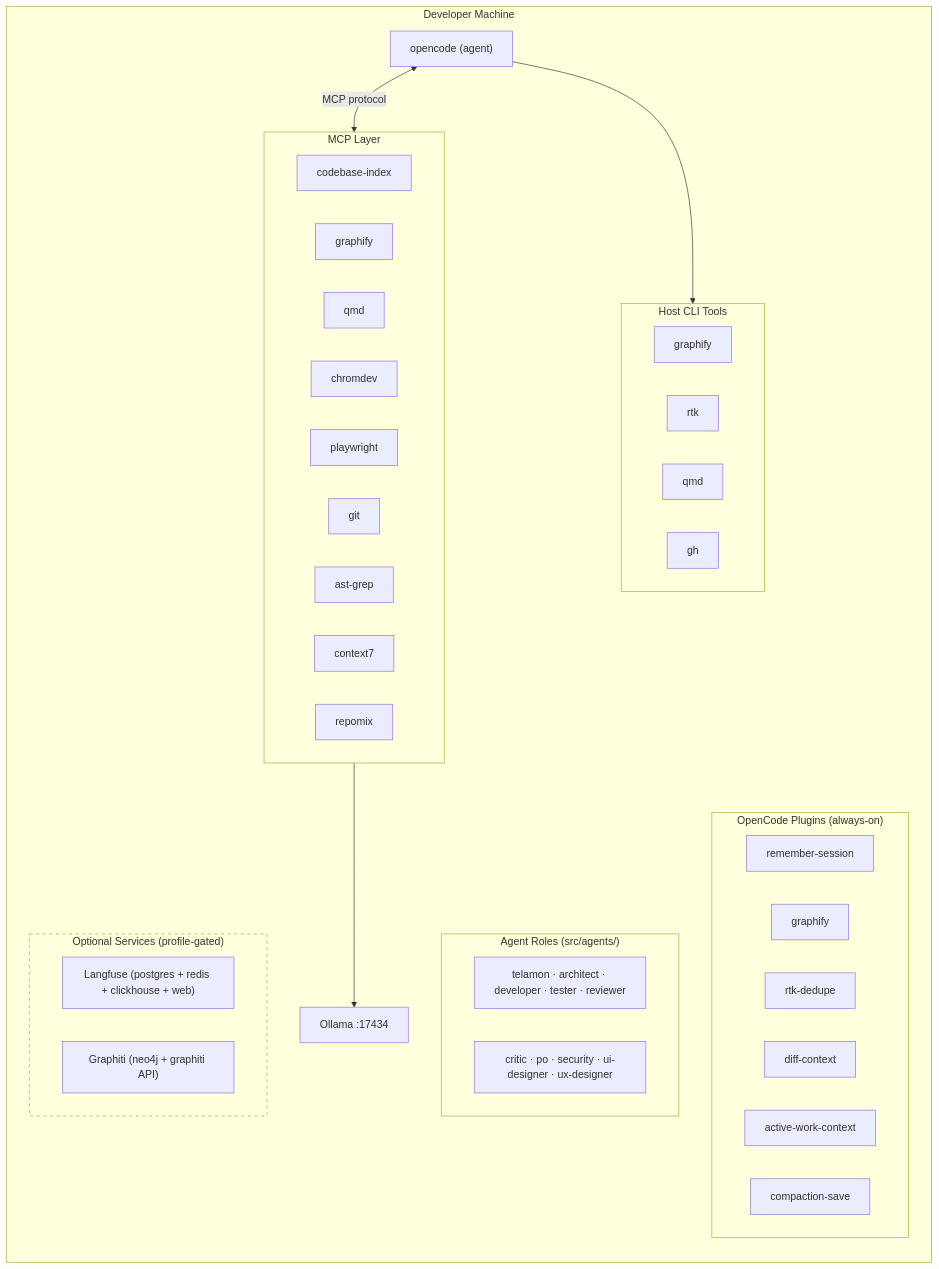
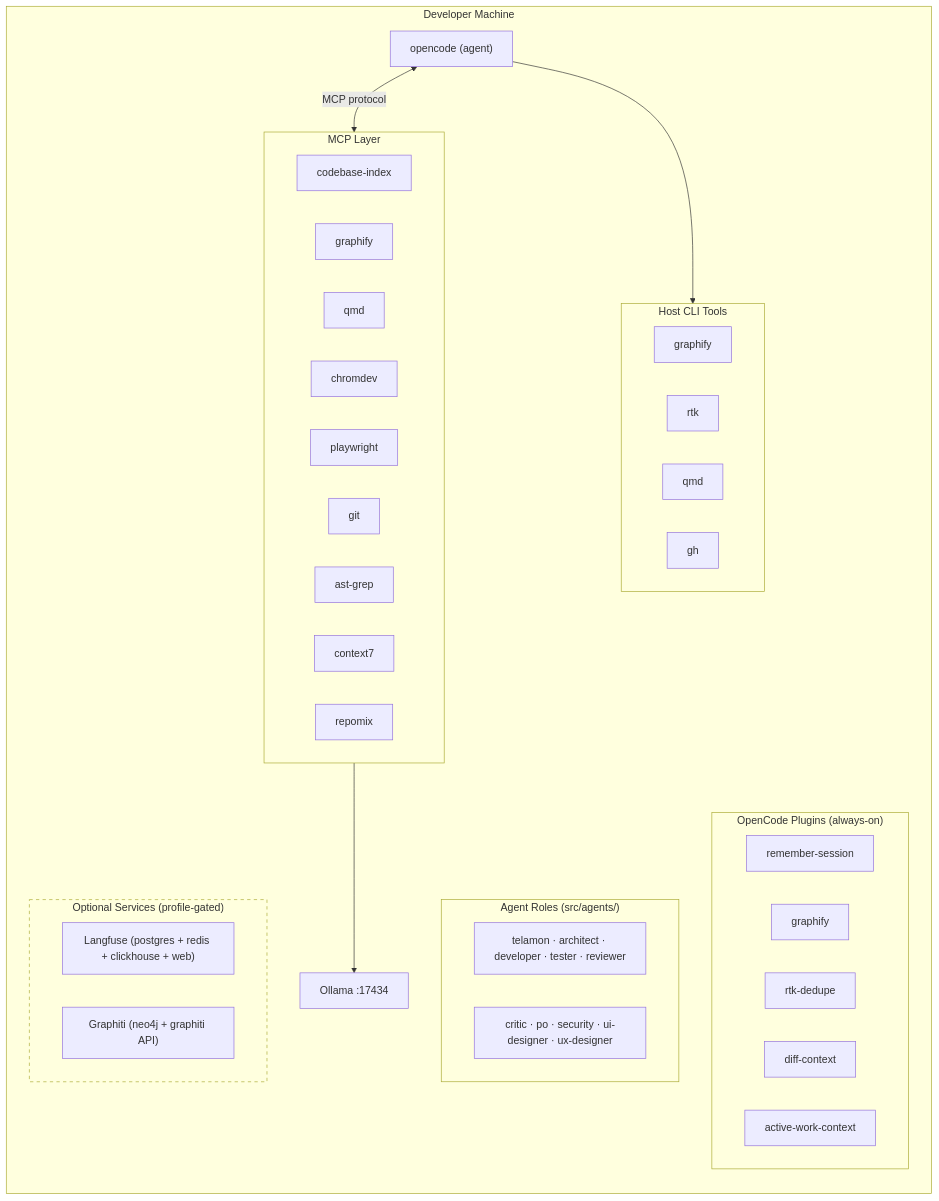
One commit to hgraca/telamon changed the diagram in docs/architecture.md. Above: the diagram before and after it, drawn with Mermaid. The commit also changed other lines of this file and 6 other files, not shown here.

First line of the commit message:
Sweep doc references to retired compaction-save tooling

````diff
--- a/docs/architecture.md
+++ b/docs/architecture.md
@@ -14,52 +14,51 @@
 ```mermaid
 flowchart TB
     subgraph dev["Developer Machine"]
         direction TB
 
         oc["opencode (agent)"] <-->|"MCP protocol"| mcp
 
         subgraph mcp["MCP Layer"]
             cbi["codebase-index"]
             gf_m["graphify"]
             qmd_m["qmd"]
             cd_m["chromdev"]
             pw_m["playwright"]
             git_m["git"]
             ag_m["ast-grep"]
             c7_m["context7"]
             rm_m["repomix"]
         end
 
         mcp --> ol["Ollama :17434"]
 
         oc --> cli
 
         subgraph cli["Host CLI Tools"]
             cli_g["graphify"]
             cli_r["rtk"]
             cli_q["qmd"]
             cli_gh["gh"]
         end
 
         subgraph plugins["OpenCode Plugins (always-on)"]
             p_sc["remember-session"]
             p_gf["graphify"]
             p_rd["rtk-dedupe"]
             p_dc["diff-context"]
             p_aw["active-work-context"]
-            p_cs["compaction-save"]
         end
 
         subgraph agents["Agent Roles (src/agents/)"]
             a1["telamon · architect · developer · tester · reviewer"]
             a2["critic · po · security · ui-designer · ux-designer"]
         end
 
         subgraph optional["Optional Services (profile-gated)"]
             o_lf["Langfuse (postgres + redis + clickhouse + web)"]
             o_gr["Graphiti (neo4j + graphiti API)"]
         end
     end
 
     style optional stroke-dasharray: 5 5
 ```
````
